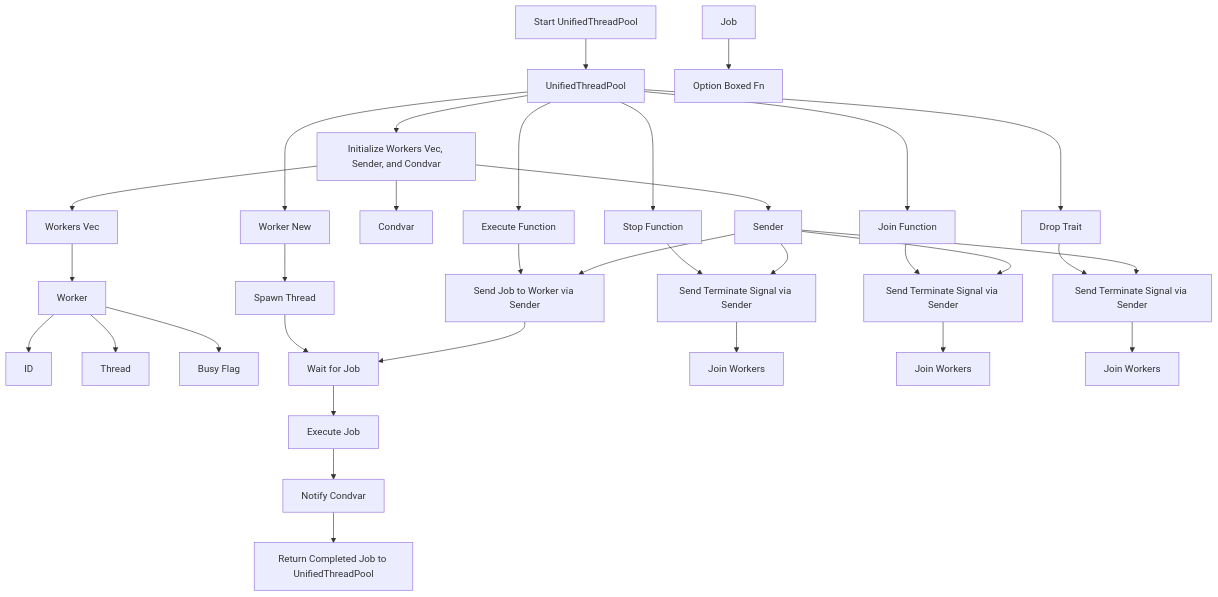
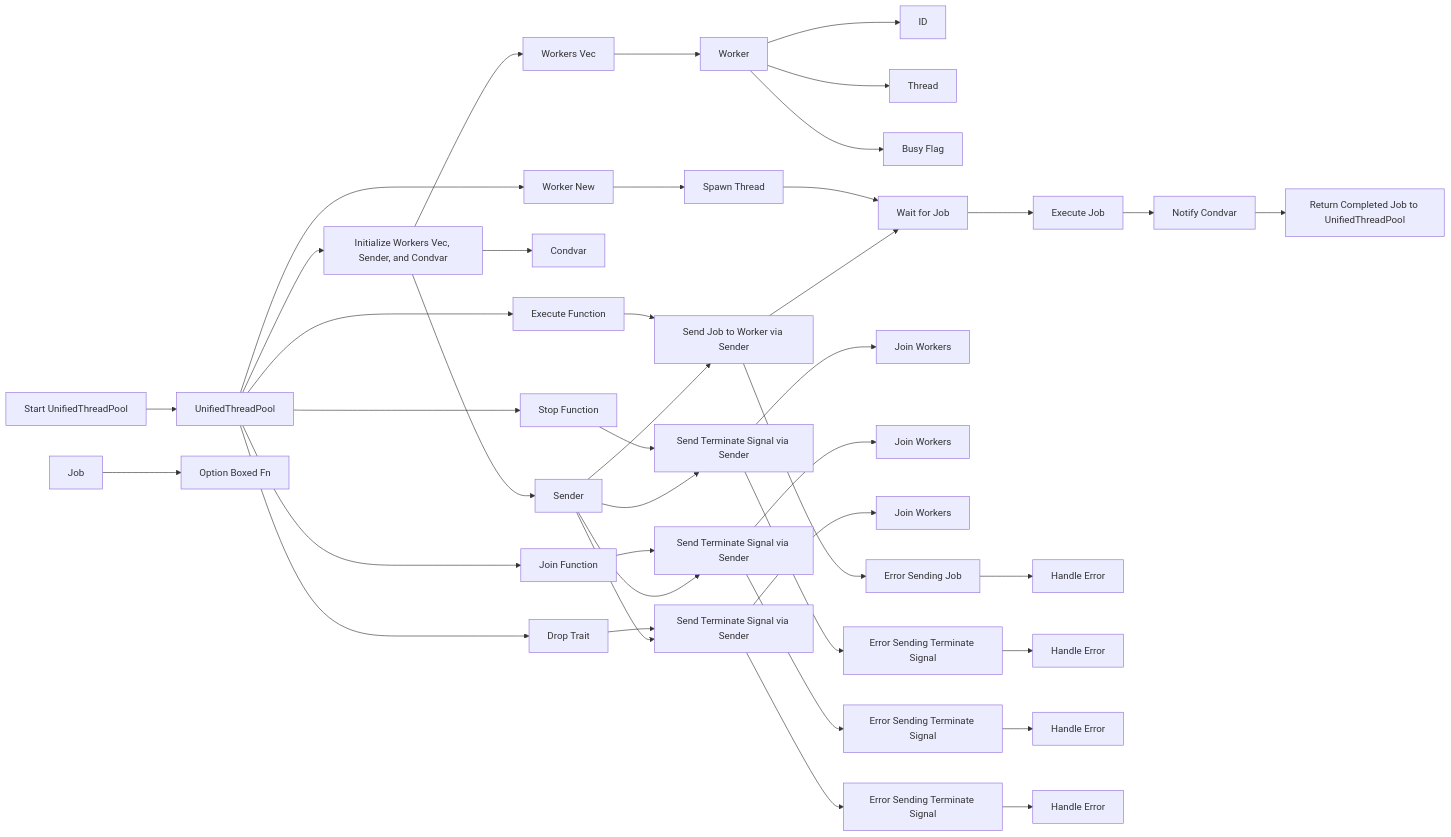
The second of 2 diagrams in Documentation.md (Myscelium/myscelium), drawn with Mermaid before and after one commit. The commit also changed other lines of this file and 1 other file, not shown here.

Commit message:
Update Doc with the new thread pool diagrams

````diff
--- a/Documentation.md
+++ b/Documentation.md
@@ -310,38 +308,48 @@
 ```mermaid
-graph TD
+
+graph LR
     Start[Start UnifiedThreadPool]
     Start --> A[UnifiedThreadPool]
     A --> Init[Initialize Workers Vec, Sender, and Condvar]
     Init --> B[Workers Vec]
     Init --> C[Sender]
     Init --> D[Condvar]
     B --> E[Worker]
     E --> F[ID]
     E --> G[Thread]
     E --> H[Busy Flag]
     I[Job]
     I --> J[Option Boxed Fn]
     A --> K[Worker New]
     K --> L[Spawn Thread]
     L --> M[Wait for Job]
     A --> P[Execute Function]
     P --> Q[Send Job to Worker via Sender]
     C --> Q
     Q --> M
     M --> N[Execute Job]
     N --> O[Notify Condvar]
     O --> R[Return Completed Job to UnifiedThreadPool]
     A --> S[Stop Function]
     S --> T[Send Terminate Signal via Sender]
     C --> T
     T --> U[Join Workers]
     A --> V[Join Function]
     V --> W[Send Terminate Signal via Sender]
     C --> W
     W --> X[Join Workers]
     A --> Y[Drop Trait]
     Y --> Z[Send Terminate Signal via Sender]
     C --> Z
     Z --> AA[Join Workers]
+    Q --> Error1[Error Sending Job]
+    Error1 --> ErrorHandler1[Handle Error]
+    T --> Error2[Error Sending Terminate Signal]
+    Error2 --> ErrorHandler2[Handle Error]
+    W --> Error3[Error Sending Terminate Signal]
+    Error3 --> ErrorHandler3[Handle Error]
+    Z --> Error4[Error Sending Terminate Signal]
+    Error4 --> ErrorHandler4[Handle Error]
+
 
 ```
````
